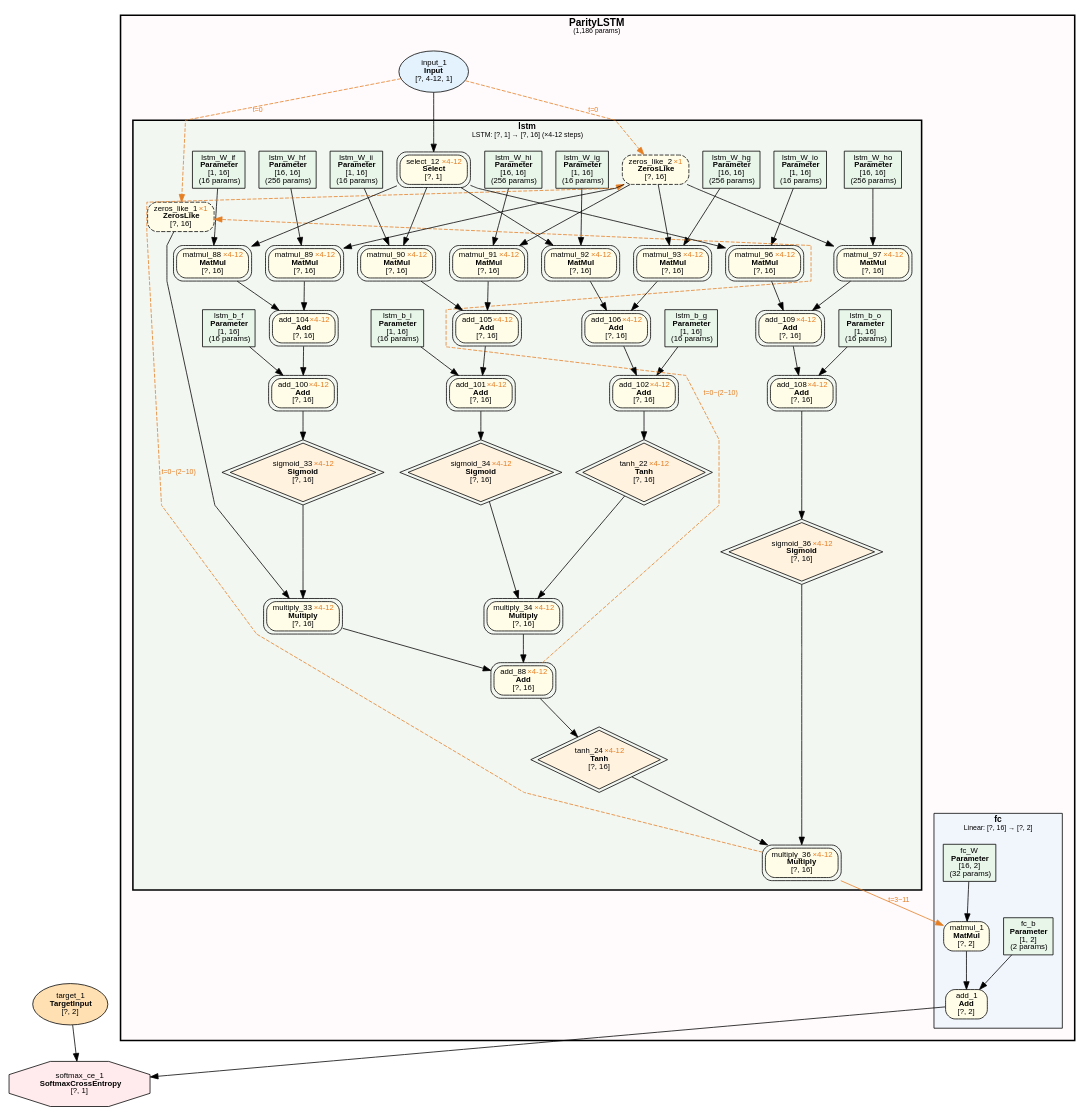
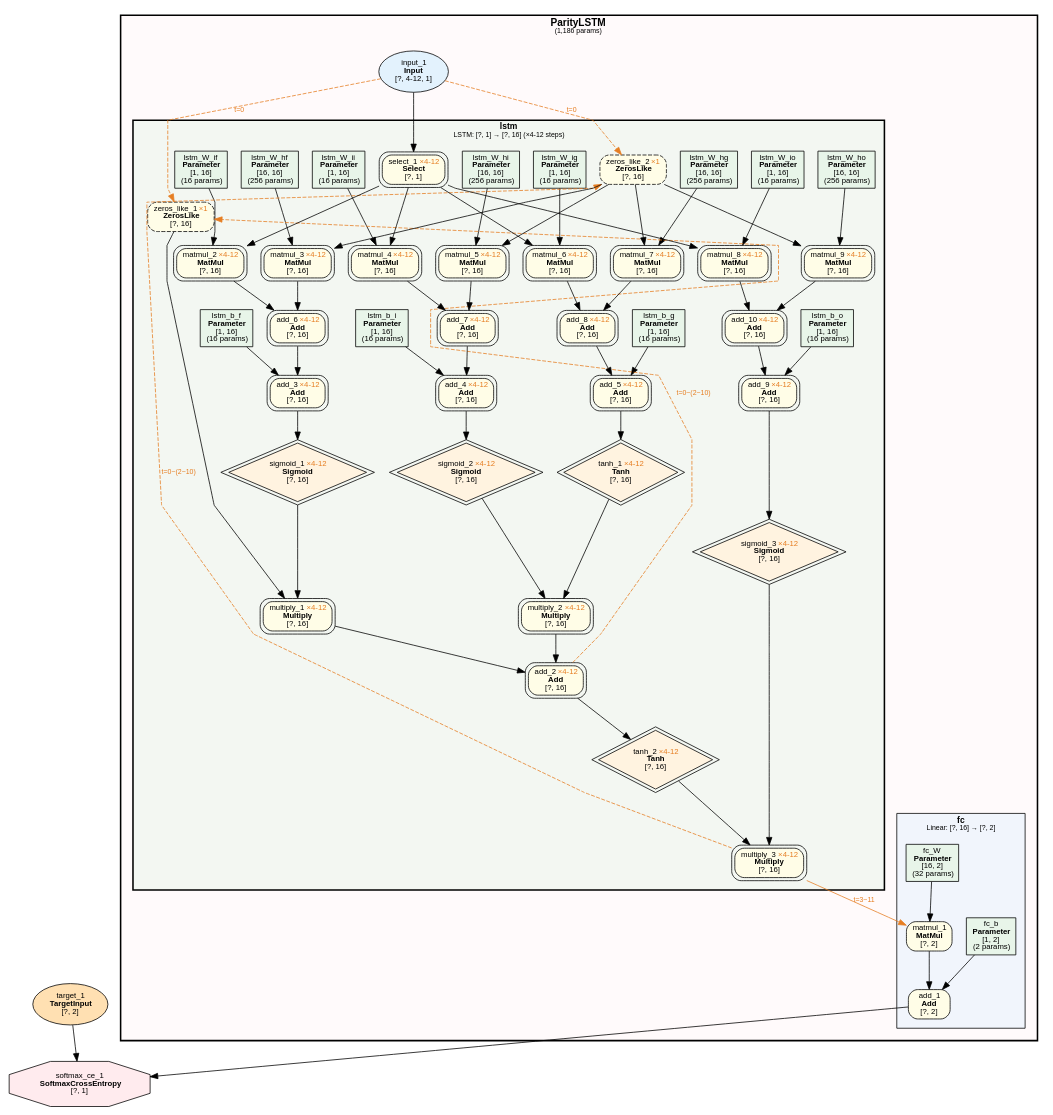
Before and after one commit to dbsxdbsx/only_torch: the diagram in examples/parity_lstm_var_len/parity_lstm_var_len.dot, drawn with Graphviz. The commit also changed 23 other files, not shown here.

Commit message:
重新生成了一下最新的不会受随机数影响的示例图

```diff
--- a/examples/parity_lstm_var_len/parity_lstm_var_len.dot
+++ b/examples/parity_lstm_var_len/parity_lstm_var_len.dot
@@ -23,7 +23,7 @@
                 "2" [label=<add_1<BR/><B>Add</B><BR/>[?, 2]> shape=box style="filled,rounded" fillcolor="#FFFDE7" fontsize=10];
                 "4" [label=<matmul_1<BR/><B>MatMul</B><BR/>[?, 2]> shape=box style="filled,rounded" fillcolor="#FFFDE7" fontsize=10];
                 "5" [label=<fc_b<BR/><B>Parameter</B><BR/>[1, 2]<BR/>(2 params)> shape=box style=filled fillcolor="#E8F5E9" fontsize=10];
-                "7" [label=<fc_W<BR/><B>Parameter</B><BR/>[16, 2]<BR/>(32 params)> shape=box style=filled fillcolor="#E8F5E9" fontsize=10];
+                "6" [label=<fc_W<BR/><B>Parameter</B><BR/>[16, 2]<BR/>(32 params)> shape=box style=filled fillcolor="#E8F5E9" fontsize=10];
         }
 
         subgraph cluster_ParityLSTM_lstm {
@@ -35,49 +35,49 @@
             fontname="Microsoft YaHei,SimHei,Arial";
             fontsize=11;
             margin=12;
-            "13" [label=<lstm_b_o<BR/><B>Parameter</B><BR/>[1, 16]<BR/>(16 params)> shape=box style=filled fillcolor="#E8F5E9" fontsize=10];
-            "23" [label=<lstm_W_io<BR/><B>Parameter</B><BR/>[1, 16]<BR/>(16 params)> shape=box style=filled fillcolor="#E8F5E9" fontsize=10];
-            "25" [label=<lstm_W_ho<BR/><B>Parameter</B><BR/>[16, 16]<BR/>(256 params)> shape=box style=filled fillcolor="#E8F5E9" fontsize=10];
-            "35" [label=<lstm_b_f<BR/><B>Parameter</B><BR/>[1, 16]<BR/>(16 params)> shape=box style=filled fillcolor="#E8F5E9" fontsize=10];
-            "41" [label=<lstm_b_i<BR/><B>Parameter</B><BR/>[1, 16]<BR/>(16 params)> shape=box style=filled fillcolor="#E8F5E9" fontsize=10];
-            "43" [label=<lstm_b_g<BR/><B>Parameter</B><BR/>[1, 16]<BR/>(16 params)> shape=box style=filled fillcolor="#E8F5E9" fontsize=10];
-            "57" [label=<lstm_W_if<BR/><B>Parameter</B><BR/>[1, 16]<BR/>(16 params)> shape=box style=filled fillcolor="#E8F5E9" fontsize=10];
-            "58" [label=<lstm_W_hf<BR/><B>Parameter</B><BR/>[16, 16]<BR/>(256 params)> shape=box style=filled fillcolor="#E8F5E9" fontsize=10];
-            "66" [label=<lstm_W_ii<BR/><B>Parameter</B><BR/>[1, 16]<BR/>(16 params)> shape=box style=filled fillcolor="#E8F5E9" fontsize=10];
-            "67" [label=<lstm_W_hi<BR/><B>Parameter</B><BR/>[16, 16]<BR/>(256 params)> shape=box style=filled fillcolor="#E8F5E9" fontsize=10];
-            "68" [label=<lstm_W_ig<BR/><B>Parameter</B><BR/>[1, 16]<BR/>(16 params)> shape=box style=filled fillcolor="#E8F5E9" fontsize=10];
-            "69" [label=<lstm_W_hg<BR/><B>Parameter</B><BR/>[16, 16]<BR/>(256 params)> shape=box style=filled fillcolor="#E8F5E9" fontsize=10];
-            "266" [label=<add_88 <FONT COLOR="#E67E22">×4-12</FONT><BR/><B>Add</B><BR/>[?, 16]> shape=box style="filled,rounded" fillcolor="#FFFDE7" fontsize=10 peripheries=2];
-            "277" [label=<multiply_33 <FONT COLOR="#E67E22">×4-12</FONT><BR/><B>Multiply</B><BR/>[?, 16]> shape=box style="filled,rounded" fillcolor="#FFFDE7" fontsize=10 peripheries=2];
-            "278" [label=<multiply_34 <FONT COLOR="#E67E22">×4-12</FONT><BR/><B>Multiply</B><BR/>[?, 16]> shape=box style="filled,rounded" fillcolor="#FFFDE7" fontsize=10 peripheries=2];
-            "291" [label=<sigmoid_33 <FONT COLOR="#E67E22">×4-12</FONT><BR/><B>Sigmoid</B><BR/>[?, 16]> shape=diamond style=filled fillcolor="#FFF3E0" fontsize=10 peripheries=2];
-            "292" [label=<zeros_like_1 <FONT COLOR="#E67E22">×1</FONT><BR/><B>ZerosLike</B><BR/>[?, 16]> shape=box style="filled,rounded,dashed" fillcolor="#FFFDE7" fontsize=10];
-            "293" [label=<sigmoid_34 <FONT COLOR="#E67E22">×4-12</FONT><BR/><B>Sigmoid</B><BR/>[?, 16]> shape=diamond style=filled fillcolor="#FFF3E0" fontsize=10 peripheries=2];
-            "294" [label=<tanh_22 <FONT COLOR="#E67E22">×4-12</FONT><BR/><B>Tanh</B><BR/>[?, 16]> shape=diamond style=filled fillcolor="#FFF3E0" fontsize=10 peripheries=2];
-            "302" [label=<add_100 <FONT COLOR="#E67E22">×4-12</FONT><BR/><B>Add</B><BR/>[?, 16]> shape=box style="filled,rounded" fillcolor="#FFFDE7" fontsize=10 peripheries=2];
-            "303" [label=<add_101 <FONT COLOR="#E67E22">×4-12</FONT><BR/><B>Add</B><BR/>[?, 16]> shape=box style="filled,rounded" fillcolor="#FFFDE7" fontsize=10 peripheries=2];
-            "304" [label=<add_102 <FONT COLOR="#E67E22">×4-12</FONT><BR/><B>Add</B><BR/>[?, 16]> shape=box style="filled,rounded" fillcolor="#FFFDE7" fontsize=10 peripheries=2];
-            "313" [label=<multiply_36 <FONT COLOR="#E67E22">×4-12</FONT><BR/><B>Multiply</B><BR/>[?, 16]> shape=box style="filled,rounded" fillcolor="#FFFDE7" fontsize=10 peripheries=2];
-            "314" [label=<add_104 <FONT COLOR="#E67E22">×4-12</FONT><BR/><B>Add</B><BR/>[?, 16]> shape=box style="filled,rounded" fillcolor="#FFFDE7" fontsize=10 peripheries=2];
-            "315" [label=<add_105 <FONT COLOR="#E67E22">×4-12</FONT><BR/><B>Add</B><BR/>[?, 16]> shape=box style="filled,rounded" fillcolor="#FFFDE7" fontsize=10 peripheries=2];
-            "316" [label=<add_106 <FONT COLOR="#E67E22">×4-12</FONT><BR/><B>Add</B><BR/>[?, 16]> shape=box style="filled,rounded" fillcolor="#FFFDE7" fontsize=10 peripheries=2];
-            "318" [label=<sigmoid_36 <FONT COLOR="#E67E22">×4-12</FONT><BR/><B>Sigmoid</B><BR/>[?, 16]> shape=diamond style=filled fillcolor="#FFF3E0" fontsize=10 peripheries=2];
-            "319" [label=<tanh_24 <FONT COLOR="#E67E22">×4-12</FONT><BR/><B>Tanh</B><BR/>[?, 16]> shape=diamond style=filled fillcolor="#FFF3E0" fontsize=10 peripheries=2];
-            "320" [label=<matmul_88 <FONT COLOR="#E67E22">×4-12</FONT><BR/><B>MatMul</B><BR/>[?, 16]> shape=box style="filled,rounded" fillcolor="#FFFDE7" fontsize=10 peripheries=2];
-            "321" [label=<matmul_89 <FONT COLOR="#E67E22">×4-12</FONT><BR/><B>MatMul</B><BR/>[?, 16]> shape=box style="filled,rounded" fillcolor="#FFFDE7" fontsize=10 peripheries=2];
-            "322" [label=<matmul_90 <FONT COLOR="#E67E22">×4-12</FONT><BR/><B>MatMul</B><BR/>[?, 16]> shape=box style="filled,rounded" fillcolor="#FFFDE7" fontsize=10 peripheries=2];
-            "323" [label=<matmul_91 <FONT COLOR="#E67E22">×4-12</FONT><BR/><B>MatMul</B><BR/>[?, 16]> shape=box style="filled,rounded" fillcolor="#FFFDE7" fontsize=10 peripheries=2];
-            "324" [label=<matmul_92 <FONT COLOR="#E67E22">×4-12</FONT><BR/><B>MatMul</B><BR/>[?, 16]> shape=box style="filled,rounded" fillcolor="#FFFDE7" fontsize=10 peripheries=2];
-            "325" [label=<matmul_93 <FONT COLOR="#E67E22">×4-12</FONT><BR/><B>MatMul</B><BR/>[?, 16]> shape=box style="filled,rounded" fillcolor="#FFFDE7" fontsize=10 peripheries=2];
-            "328" [label=<add_108 <FONT COLOR="#E67E22">×4-12</FONT><BR/><B>Add</B><BR/>[?, 16]> shape=box style="filled,rounded" fillcolor="#FFFDE7" fontsize=10 peripheries=2];
-            "329" [label=<select_12 <FONT COLOR="#E67E22">×4-12</FONT><BR/><B>Select</B><BR/>[?, 1]> shape=box style="filled,rounded" fillcolor="#FFFDE7" fontsize=10 peripheries=2];
-            "330" [label=<zeros_like_2 <FONT COLOR="#E67E22">×1</FONT><BR/><B>ZerosLike</B><BR/>[?, 16]> shape=box style="filled,rounded,dashed" fillcolor="#FFFDE7" fontsize=10];
-            "331" [label=<add_109 <FONT COLOR="#E67E22">×4-12</FONT><BR/><B>Add</B><BR/>[?, 16]> shape=box style="filled,rounded" fillcolor="#FFFDE7" fontsize=10 peripheries=2];
-            "332" [label=<matmul_96 <FONT COLOR="#E67E22">×4-12</FONT><BR/><B>MatMul</B><BR/>[?, 16]> shape=box style="filled,rounded" fillcolor="#FFFDE7" fontsize=10 peripheries=2];
-            "333" [label=<matmul_97 <FONT COLOR="#E67E22">×4-12</FONT><BR/><B>MatMul</B><BR/>[?, 16]> shape=box style="filled,rounded" fillcolor="#FFFDE7" fontsize=10 peripheries=2];
+            "7" [label=<lstm_b_o<BR/><B>Parameter</B><BR/>[1, 16]<BR/>(16 params)> shape=box style=filled fillcolor="#E8F5E9" fontsize=10];
+            "8" [label=<lstm_W_io<BR/><B>Parameter</B><BR/>[1, 16]<BR/>(16 params)> shape=box style=filled fillcolor="#E8F5E9" fontsize=10];
+            "9" [label=<lstm_W_ho<BR/><B>Parameter</B><BR/>[16, 16]<BR/>(256 params)> shape=box style=filled fillcolor="#E8F5E9" fontsize=10];
+            "11" [label=<lstm_b_f<BR/><B>Parameter</B><BR/>[1, 16]<BR/>(16 params)> shape=box style=filled fillcolor="#E8F5E9" fontsize=10];
+            "12" [label=<lstm_b_i<BR/><B>Parameter</B><BR/>[1, 16]<BR/>(16 params)> shape=box style=filled fillcolor="#E8F5E9" fontsize=10];
+            "13" [label=<lstm_b_g<BR/><B>Parameter</B><BR/>[1, 16]<BR/>(16 params)> shape=box style=filled fillcolor="#E8F5E9" fontsize=10];
+            "14" [label=<lstm_W_if<BR/><B>Parameter</B><BR/>[1, 16]<BR/>(16 params)> shape=box style=filled fillcolor="#E8F5E9" fontsize=10];
+            "15" [label=<lstm_W_hf<BR/><B>Parameter</B><BR/>[16, 16]<BR/>(256 params)> shape=box style=filled fillcolor="#E8F5E9" fontsize=10];
+            "16" [label=<lstm_W_ii<BR/><B>Parameter</B><BR/>[1, 16]<BR/>(16 params)> shape=box style=filled fillcolor="#E8F5E9" fontsize=10];
+            "17" [label=<lstm_W_hi<BR/><B>Parameter</B><BR/>[16, 16]<BR/>(256 params)> shape=box style=filled fillcolor="#E8F5E9" fontsize=10];
+            "18" [label=<lstm_W_ig<BR/><B>Parameter</B><BR/>[1, 16]<BR/>(16 params)> shape=box style=filled fillcolor="#E8F5E9" fontsize=10];
+            "19" [label=<lstm_W_hg<BR/><B>Parameter</B><BR/>[16, 16]<BR/>(256 params)> shape=box style=filled fillcolor="#E8F5E9" fontsize=10];
+            "20" [label=<add_2 <FONT COLOR="#E67E22">×4-12</FONT><BR/><B>Add</B><BR/>[?, 16]> shape=box style="filled,rounded" fillcolor="#FFFDE7" fontsize=10 peripheries=2];
+            "21" [label=<multiply_1 <FONT COLOR="#E67E22">×4-12</FONT><BR/><B>Multiply</B><BR/>[?, 16]> shape=box style="filled,rounded" fillcolor="#FFFDE7" fontsize=10 peripheries=2];
+            "22" [label=<multiply_2 <FONT COLOR="#E67E22">×4-12</FONT><BR/><B>Multiply</B><BR/>[?, 16]> shape=box style="filled,rounded" fillcolor="#FFFDE7" fontsize=10 peripheries=2];
+            "23" [label=<sigmoid_1 <FONT COLOR="#E67E22">×4-12</FONT><BR/><B>Sigmoid</B><BR/>[?, 16]> shape=diamond style=filled fillcolor="#FFF3E0" fontsize=10 peripheries=2];
+            "24" [label=<zeros_like_1 <FONT COLOR="#E67E22">×1</FONT><BR/><B>ZerosLike</B><BR/>[?, 16]> shape=box style="filled,rounded,dashed" fillcolor="#FFFDE7" fontsize=10];
+            "25" [label=<sigmoid_2 <FONT COLOR="#E67E22">×4-12</FONT><BR/><B>Sigmoid</B><BR/>[?, 16]> shape=diamond style=filled fillcolor="#FFF3E0" fontsize=10 peripheries=2];
+            "26" [label=<tanh_1 <FONT COLOR="#E67E22">×4-12</FONT><BR/><B>Tanh</B><BR/>[?, 16]> shape=diamond style=filled fillcolor="#FFF3E0" fontsize=10 peripheries=2];
+            "27" [label=<add_3 <FONT COLOR="#E67E22">×4-12</FONT><BR/><B>Add</B><BR/>[?, 16]> shape=box style="filled,rounded" fillcolor="#FFFDE7" fontsize=10 peripheries=2];
+            "28" [label=<add_4 <FONT COLOR="#E67E22">×4-12</FONT><BR/><B>Add</B><BR/>[?, 16]> shape=box style="filled,rounded" fillcolor="#FFFDE7" fontsize=10 peripheries=2];
+            "29" [label=<add_5 <FONT COLOR="#E67E22">×4-12</FONT><BR/><B>Add</B><BR/>[?, 16]> shape=box style="filled,rounded" fillcolor="#FFFDE7" fontsize=10 peripheries=2];
+            "30" [label=<multiply_3 <FONT COLOR="#E67E22">×4-12</FONT><BR/><B>Multiply</B><BR/>[?, 16]> shape=box style="filled,rounded" fillcolor="#FFFDE7" fontsize=10 peripheries=2];
+            "31" [label=<add_6 <FONT COLOR="#E67E22">×4-12</FONT><BR/><B>Add</B><BR/>[?, 16]> shape=box style="filled,rounded" fillcolor="#FFFDE7" fontsize=10 peripheries=2];
+            "32" [label=<add_7 <FONT COLOR="#E67E22">×4-12</FONT><BR/><B>Add</B><BR/>[?, 16]> shape=box style="filled,rounded" fillcolor="#FFFDE7" fontsize=10 peripheries=2];
+            "33" [label=<add_8 <FONT COLOR="#E67E22">×4-12</FONT><BR/><B>Add</B><BR/>[?, 16]> shape=box style="filled,rounded" fillcolor="#FFFDE7" fontsize=10 peripheries=2];
+            "34" [label=<sigmoid_3 <FONT COLOR="#E67E22">×4-12</FONT><BR/><B>Sigmoid</B><BR/>[?, 16]> shape=diamond style=filled fillcolor="#FFF3E0" fontsize=10 peripheries=2];
+            "35" [label=<tanh_2 <FONT COLOR="#E67E22">×4-12</FONT><BR/><B>Tanh</B><BR/>[?, 16]> shape=diamond style=filled fillcolor="#FFF3E0" fontsize=10 peripheries=2];
+            "36" [label=<matmul_2 <FONT COLOR="#E67E22">×4-12</FONT><BR/><B>MatMul</B><BR/>[?, 16]> shape=box style="filled,rounded" fillcolor="#FFFDE7" fontsize=10 peripheries=2];
+            "37" [label=<matmul_3 <FONT COLOR="#E67E22">×4-12</FONT><BR/><B>MatMul</B><BR/>[?, 16]> shape=box style="filled,rounded" fillcolor="#FFFDE7" fontsize=10 peripheries=2];
+            "38" [label=<matmul_4 <FONT COLOR="#E67E22">×4-12</FONT><BR/><B>MatMul</B><BR/>[?, 16]> shape=box style="filled,rounded" fillcolor="#FFFDE7" fontsize=10 peripheries=2];
+            "39" [label=<matmul_5 <FONT COLOR="#E67E22">×4-12</FONT><BR/><B>MatMul</B><BR/>[?, 16]> shape=box style="filled,rounded" fillcolor="#FFFDE7" fontsize=10 peripheries=2];
+            "40" [label=<matmul_6 <FONT COLOR="#E67E22">×4-12</FONT><BR/><B>MatMul</B><BR/>[?, 16]> shape=box style="filled,rounded" fillcolor="#FFFDE7" fontsize=10 peripheries=2];
+            "41" [label=<matmul_7 <FONT COLOR="#E67E22">×4-12</FONT><BR/><B>MatMul</B><BR/>[?, 16]> shape=box style="filled,rounded" fillcolor="#FFFDE7" fontsize=10 peripheries=2];
+            "42" [label=<add_9 <FONT COLOR="#E67E22">×4-12</FONT><BR/><B>Add</B><BR/>[?, 16]> shape=box style="filled,rounded" fillcolor="#FFFDE7" fontsize=10 peripheries=2];
+            "43" [label=<select_1 <FONT COLOR="#E67E22">×4-12</FONT><BR/><B>Select</B><BR/>[?, 1]> shape=box style="filled,rounded" fillcolor="#FFFDE7" fontsize=10 peripheries=2];
+            "44" [label=<zeros_like_2 <FONT COLOR="#E67E22">×1</FONT><BR/><B>ZerosLike</B><BR/>[?, 16]> shape=box style="filled,rounded,dashed" fillcolor="#FFFDE7" fontsize=10];
+            "45" [label=<add_10 <FONT COLOR="#E67E22">×4-12</FONT><BR/><B>Add</B><BR/>[?, 16]> shape=box style="filled,rounded" fillcolor="#FFFDE7" fontsize=10 peripheries=2];
+            "46" [label=<matmul_8 <FONT COLOR="#E67E22">×4-12</FONT><BR/><B>MatMul</B><BR/>[?, 16]> shape=box style="filled,rounded" fillcolor="#FFFDE7" fontsize=10 peripheries=2];
+            "47" [label=<matmul_9 <FONT COLOR="#E67E22">×4-12</FONT><BR/><B>MatMul</B><BR/>[?, 16]> shape=box style="filled,rounded" fillcolor="#FFFDE7" fontsize=10 peripheries=2];
         }
 
-        "31" [label=<input_1<BR/><B>Input</B><BR/>[?, 4-12, 1]> shape=ellipse style=filled fillcolor="#E3F2FD" fontsize=10];
+        "10" [label=<input_1<BR/><B>Input</B><BR/>[?, 4-12, 1]> shape=ellipse style=filled fillcolor="#E3F2FD" fontsize=10];
     }
 
     "1" [label=<softmax_ce_1<BR/><B>SoftmaxCrossEntropy</B><BR/>[?, 1]> shape=octagon style=filled fillcolor="#FFEBEE" fontsize=10];
@@ -87,56 +87,56 @@
     "3" -> "1";
     "4" -> "2";
     "5" -> "2";
-    "313" -> "4" [color="#E67E22" label=<t=3~11> fontcolor="#E67E22" fontsize=9];
-    "7" -> "4";
-    "277" -> "266";
-    "278" -> "266";
-    "291" -> "277";
-    "292" -> "277";
-    "293" -> "278";
-    "294" -> "278";
-    "302" -> "291";
-    "31" -> "292" [style=dashed color="#E67E22" label=<t=0> fontcolor="#E67E22" fontsize=9];
-    "303" -> "293";
-    "304" -> "294";
-    "314" -> "302";
-    "35" -> "302";
-    "315" -> "303";
-    "41" -> "303";
-    "316" -> "304";
-    "43" -> "304";
-    "318" -> "313";
-    "319" -> "313";
-    "320" -> "314";
-    "321" -> "314";
-    "322" -> "315";
-    "323" -> "315";
-    "324" -> "316";
-    "325" -> "316";
-    "328" -> "318";
-    "266" -> "319";
-    "329" -> "320";
-    "57" -> "320";
-    "330" -> "321";
-    "58" -> "321";
-    "329" -> "322";
-    "66" -> "322";
-    "330" -> "323";
-    "67" -> "323";
-    "329" -> "324";
-    "68" -> "324";
-    "330" -> "325";
-    "69" -> "325";
-    "331" -> "328";
-    "13" -> "328";
-    "31" -> "329";
-    "31" -> "330" [style=dashed color="#E67E22" label=<t=0> fontcolor="#E67E22" fontsize=9];
-    "332" -> "331";
-    "333" -> "331";
-    "329" -> "332";
-    "23" -> "332";
-    "330" -> "333";
-    "25" -> "333";
-    "313" -> "330" [style=dashed color="#E67E22" label=<t=0~(2~10)> fontcolor="#E67E22" fontsize=9 constraint=false];
-    "266" -> "292" [style=dashed color="#E67E22" label=<t=0~(2~10)> fontcolor="#E67E22" fontsize=9 constraint=false];
+    "30" -> "4" [color="#E67E22" label=<t=3~11> fontcolor="#E67E22" fontsize=9];
+    "6" -> "4";
+    "21" -> "20";
+    "22" -> "20";
+    "23" -> "21";
+    "24" -> "21";
+    "25" -> "22";
+    "26" -> "22";
+    "27" -> "23";
+    "10" -> "24" [style=dashed color="#E67E22" label=<t=0> fontcolor="#E67E22" fontsize=9];
+    "28" -> "25";
+    "29" -> "26";
+    "31" -> "27";
+    "11" -> "27";
+    "32" -> "28";
+    "12" -> "28";
+    "33" -> "29";
+    "13" -> "29";
+    "34" -> "30";
+    "35" -> "30";
+    "36" -> "31";
+    "37" -> "31";
+    "38" -> "32";
+    "39" -> "32";
+    "40" -> "33";
+    "41" -> "33";
+    "42" -> "34";
+    "20" -> "35";
+    "43" -> "36";
+    "14" -> "36";
+    "44" -> "37";
+    "15" -> "37";
+    "43" -> "38";
+    "16" -> "38";
+    "44" -> "39";
+    "17" -> "39";
+    "43" -> "40";
+    "18" -> "40";
+    "44" -> "41";
+    "19" -> "41";
+    "45" -> "42";
+    "7" -> "42";
+    "10" -> "43";
+    "10" -> "44" [style=dashed color="#E67E22" label=<t=0> fontcolor="#E67E22" fontsize=9];
+    "46" -> "45";
+    "47" -> "45";
+    "43" -> "46";
+    "8" -> "46";
+    "44" -> "47";
+    "9" -> "47";
+    "30" -> "44" [style=dashed color="#E67E22" label=<t=0~(2~10)> fontcolor="#E67E22" fontsize=9 constraint=false];
+    "20" -> "24" [style=dashed color="#E67E22" label=<t=0~(2~10)> fontcolor="#E67E22" fontsize=9 constraint=false];
 }
```
